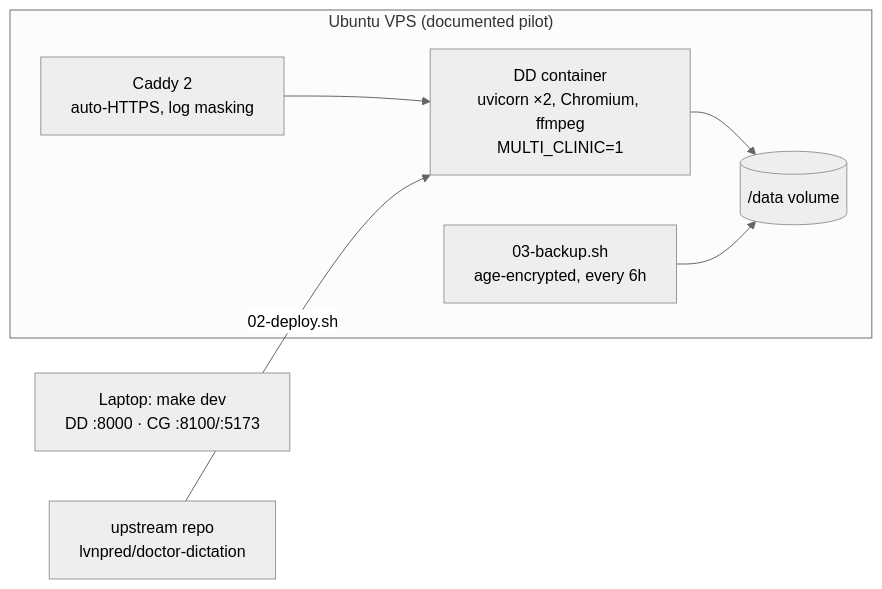
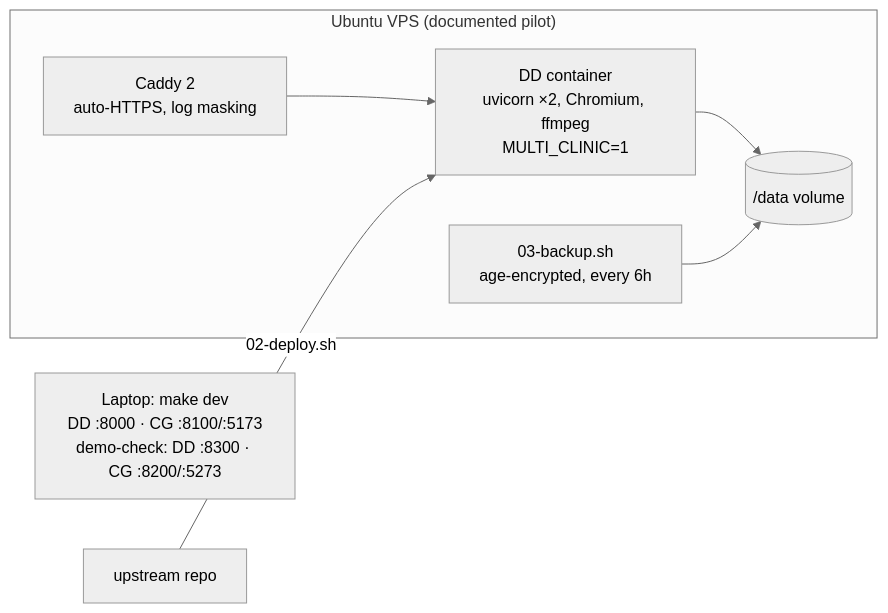
The tenth of 12 diagrams in docs/product-overview/ARCHITECTURE_OVERVIEW.md (lvnpred/hackathon26-proof), drawn with Mermaid (neutral theme) before and after one commit. The commit also changed other lines of this file and 10 other files, not shown here.

Commit message:
Product overview refreshed after the Doctor Dictation to Count Guard consolidation

````diff
--- a/docs/product-overview/ARCHITECTURE_OVERVIEW.md
+++ b/docs/product-overview/ARCHITECTURE_OVERVIEW.md
@@ -189,10 +223,10 @@
 ```mermaid
 flowchart LR
   subgraph VPS["Ubuntu VPS (documented pilot)"]
     CADDY["Caddy 2<br/>auto-HTTPS, log masking"] --> APP["DD container<br/>uvicorn ×2, Chromium, ffmpeg<br/>MULTI_CLINIC=1"]
     APP --> VOL[("/data volume")]
     BK["03-backup.sh<br/>age-encrypted, every 6h"] --> VOL
   end
-  GH["upstream repo<br/>lvnpred/doctor-dictation"] -->|02-deploy.sh| APP
-  LOCAL["Laptop: make dev<br/>DD :8000 · CG :8100/:5173"]
+  GH["upstream repo"] -->|02-deploy.sh| APP
+  LOCAL["Laptop: make dev<br/>DD :8000 · CG :8100/:5173<br/>demo-check: DD :8300 · CG :8200/:5273"]
 ```
````
